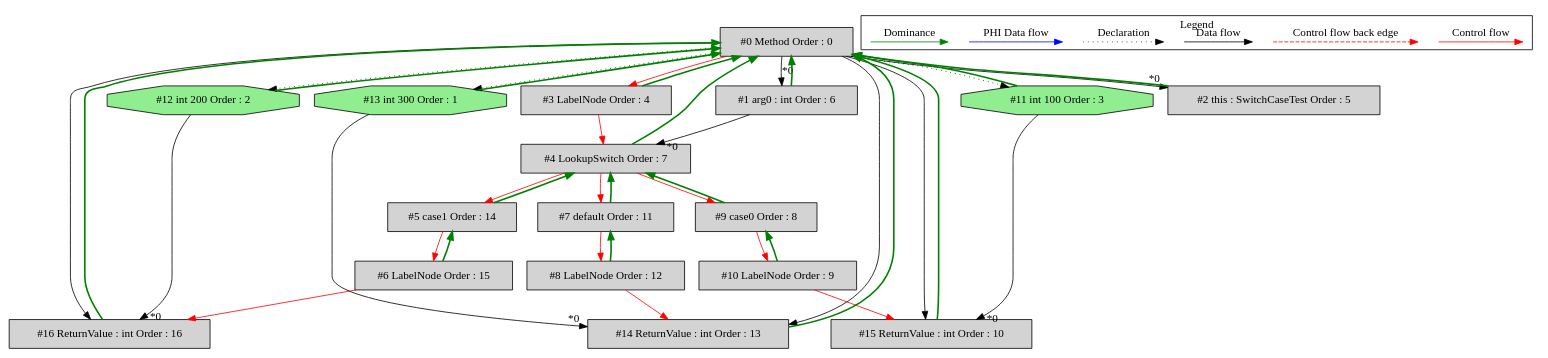
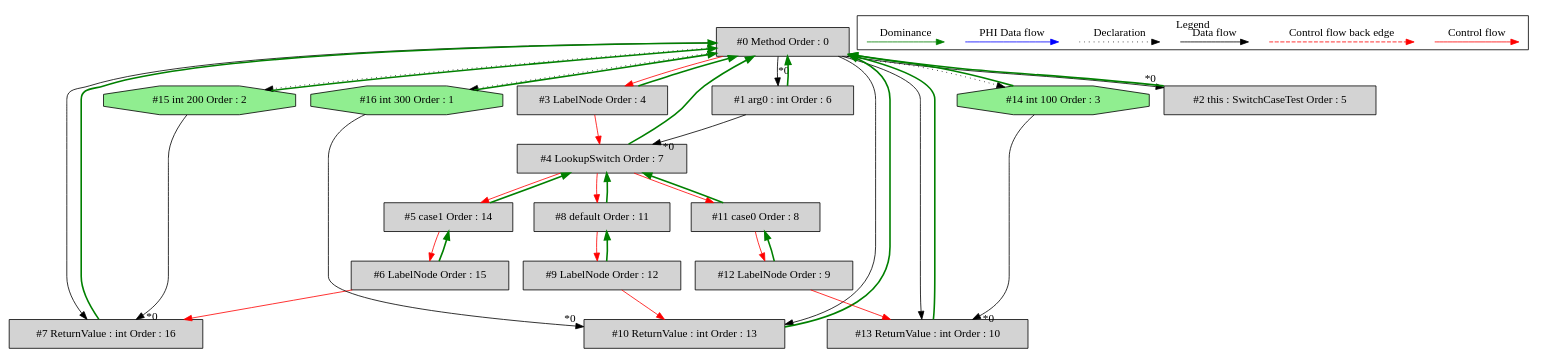
Before and after one commit to mirkosertic/MetaIR: the diagram in de.mirkosertic.metair.ir.examples.SwitchCaseTest/simpleSwitch/ir_dominatortree.dot, drawn with Graphviz. The commit also changed 883 other files, not shown here.

```diff
--- a/de.mirkosertic.metair.ir.examples.SwitchCaseTest/simpleSwitch/ir_dominatortree.dot
+++ b/de.mirkosertic.metair.ir.examples.SwitchCaseTest/simpleSwitch/ir_dominatortree.dot
@@ -1,85 +1,85 @@
 digraph debugoutput {
  ordering="in";
  node0[label="#0 Method Order : 0",shape=box, fillcolor=lightgrey, style=filled];
  node1[label="#1 arg0 : int Order : 6",shape=box, fillcolor=lightgrey, style=filled];
  node1 -> node0[dir="forward" color="green" penwidth="2"];
  node0 -> node1[headlabel="*0", labeldistance=2];
  node2[label="#2 this : SwitchCaseTest Order : 5",shape=box, fillcolor=lightgrey, style=filled];
  node2 -> node0[dir="forward" color="green" penwidth="2"];
  node0 -> node2[headlabel="*0", labeldistance=2];
  node3[label="#3 LabelNode Order : 4",shape=box, fillcolor=lightgrey, style=filled];
  node3 -> node0[dir="forward" color="green" penwidth="2"];
  node0 -> node3[labeldistance=2, color=red, fontcolor=red];
  node4[label="#4 LookupSwitch Order : 7",shape=box, fillcolor=lightgrey, style=filled];
  node4 -> node0[dir="forward" color="green" penwidth="2"];
  node1 -> node4[headlabel="*0", labeldistance=2];
  node3 -> node4[labeldistance=2, color=red, fontcolor=red];
  node5[label="#5 case1 Order : 14",shape=box, fillcolor=lightgrey, style=filled];
  node5 -> node4[dir="forward" color="green" penwidth="2"];
  node4 -> node5[labeldistance=2, color=red, fontcolor=red];
  node6[label="#6 LabelNode Order : 15",shape=box, fillcolor=lightgrey, style=filled];
  node6 -> node5[dir="forward" color="green" penwidth="2"];
  node5 -> node6[labeldistance=2, color=red, fontcolor=red];
- node7[label="#7 default Order : 11",shape=box, fillcolor=lightgrey, style=filled];
- node7 -> node4[dir="forward" color="green" penwidth="2"];
- node4 -> node7[labeldistance=2, color=red, fontcolor=red];
- node8[label="#8 LabelNode Order : 12",shape=box, fillcolor=lightgrey, style=filled];
- node8 -> node7[dir="forward" color="green" penwidth="2"];
- node7 -> node8[labeldistance=2, color=red, fontcolor=red];
- node9[label="#9 case0 Order : 8",shape=box, fillcolor=lightgrey, style=filled];
- node9 -> node4[dir="forward" color="green" penwidth="2"];
- node4 -> node9[labeldistance=2, color=red, fontcolor=red];
- node10[label="#10 LabelNode Order : 9",shape=box, fillcolor=lightgrey, style=filled];
- node10 -> node9[dir="forward" color="green" penwidth="2"];
+ node7[label="#7 ReturnValue : int Order : 16",shape=box, fillcolor=lightgrey, style=filled];
+ node7 -> node0[dir="forward" color="green" penwidth="2"];
+ node15 -> node7[headlabel="*0", labeldistance=2];
+ node6 -> node7[labeldistance=2, color=red, fontcolor=red];
+ node0 -> node7;
+ node8[label="#8 default Order : 11",shape=box, fillcolor=lightgrey, style=filled];
+ node8 -> node4[dir="forward" color="green" penwidth="2"];
+ node4 -> node8[labeldistance=2, color=red, fontcolor=red];
+ node9[label="#9 LabelNode Order : 12",shape=box, fillcolor=lightgrey, style=filled];
+ node9 -> node8[dir="forward" color="green" penwidth="2"];
+ node8 -> node9[labeldistance=2, color=red, fontcolor=red];
+ node10[label="#10 ReturnValue : int Order : 13",shape=box, fillcolor=lightgrey, style=filled];
+ node10 -> node0[dir="forward" color="green" penwidth="2"];
+ node16 -> node10[headlabel="*0", labeldistance=2];
  node9 -> node10[labeldistance=2, color=red, fontcolor=red];
- node11[label="#11 int 100 Order : 3",shape=octagon, fillcolor=lightgreen, style=filled];
- node11 -> node0[dir="forward" color="green" penwidth="2"];
- node0 -> node11[style=dotted];
- node12[label="#12 int 200 Order : 2",shape=octagon, fillcolor=lightgreen, style=filled];
- node12 -> node0[dir="forward" color="green" penwidth="2"];
- node0 -> node12[style=dotted];
- node13[label="#13 int 300 Order : 1",shape=octagon, fillcolor=lightgreen, style=filled];
+ node0 -> node10;
+ node11[label="#11 case0 Order : 8",shape=box, fillcolor=lightgrey, style=filled];
+ node11 -> node4[dir="forward" color="green" penwidth="2"];
+ node4 -> node11[labeldistance=2, color=red, fontcolor=red];
+ node12[label="#12 LabelNode Order : 9",shape=box, fillcolor=lightgrey, style=filled];
+ node12 -> node11[dir="forward" color="green" penwidth="2"];
+ node11 -> node12[labeldistance=2, color=red, fontcolor=red];
+ node13[label="#13 ReturnValue : int Order : 10",shape=box, fillcolor=lightgrey, style=filled];
  node13 -> node0[dir="forward" color="green" penwidth="2"];
- node0 -> node13[style=dotted];
- node14[label="#14 ReturnValue : int Order : 13",shape=box, fillcolor=lightgrey, style=filled];
+ node14 -> node13[headlabel="*0", labeldistance=2];
+ node12 -> node13[labeldistance=2, color=red, fontcolor=red];
+ node0 -> node13;
+ node14[label="#14 int 100 Order : 3",shape=octagon, fillcolor=lightgreen, style=filled];
  node14 -> node0[dir="forward" color="green" penwidth="2"];
- node13 -> node14[headlabel="*0", labeldistance=2];
- node8 -> node14[labeldistance=2, color=red, fontcolor=red];
- node0 -> node14;
- node15[label="#15 ReturnValue : int Order : 10",shape=box, fillcolor=lightgrey, style=filled];
+ node0 -> node14[style=dotted];
+ node15[label="#15 int 200 Order : 2",shape=octagon, fillcolor=lightgreen, style=filled];
  node15 -> node0[dir="forward" color="green" penwidth="2"];
- node11 -> node15[headlabel="*0", labeldistance=2];
- node10 -> node15[labeldistance=2, color=red, fontcolor=red];
- node0 -> node15;
- node16[label="#16 ReturnValue : int Order : 16",shape=box, fillcolor=lightgrey, style=filled];
+ node0 -> node15[style=dotted];
+ node16[label="#16 int 300 Order : 1",shape=octagon, fillcolor=lightgreen, style=filled];
  node16 -> node0[dir="forward" color="green" penwidth="2"];
- node12 -> node16[headlabel="*0", labeldistance=2];
- node6 -> node16[labeldistance=2, color=red, fontcolor=red];
- node0 -> node16;
+ node0 -> node16[style=dotted];
  subgraph cluster_000 {
   label = "Legend";
   node [shape=point]
   {
    rank=same;
    c0 [style = invis];
    c1 [style = invis];
    c2 [style = invis];
    c3 [style = invis];
    d0 [style = invis];
    d1 [style = invis];
    d2 [style = invis];
    d3 [style = invis];
    d4 [style = invis];
    d5 [style = invis];
    d6 [style = invis];
    d7 [style = invis];
   }
   c0 -> c1 [label="Control flow", style=solid, color=red]
   c2 -> c3 [label="Control flow back edge", style=dashed, color=red]
   d0 -> d1 [label="Data flow"]
   d2 -> d3 [label="Declaration", style=dotted]
   d4 -> d5 [label="PHI Data flow", color=blue]
   d6 -> d7 [label="Dominance", color=green]
  }
 
 }
```
